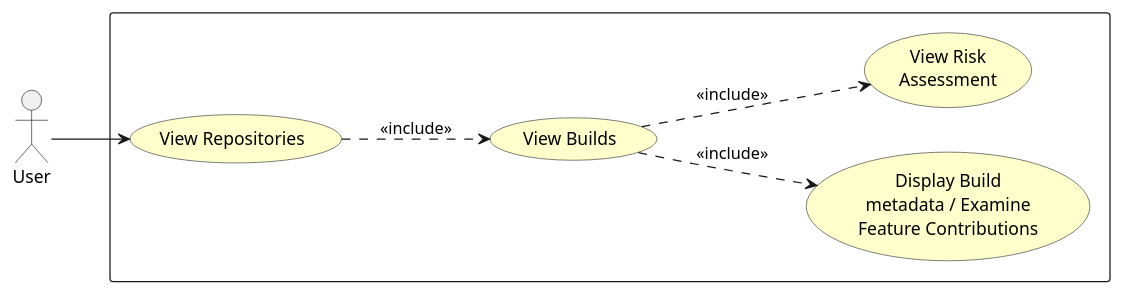
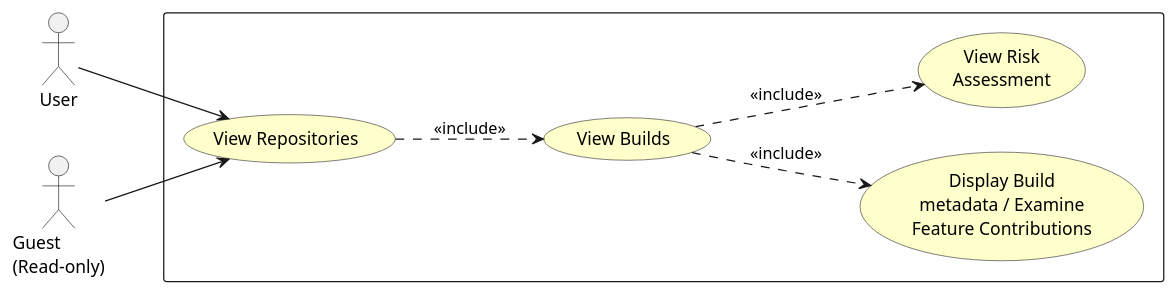
One commit to hung-org-117/build-risk-dashboard changed the diagram in diagrams/uc_02_view_repositories.puml. Above: the diagram before and after it, drawn with PlantUML. The commit also changed 46 other files, not shown here.

```diff
--- a/diagrams/uc_02_view_repositories.puml
+++ b/diagrams/uc_02_view_repositories.puml
@@ -1,29 +1,31 @@
 @startuml
 '===============================================================
-' UC-02: VIEW REPOSITORIES / BUILD DETAILS (User)
+' UC-02: VIEW REPOSITORIES / BUILD DETAILS (User & Guest)
 '===============================================================
 
 skinparam actorStyle stick
 skinparam usecase {
     BorderColor #333333
     BackgroundColor #FFFFCC
 }
 
 left to right direction
 
 actor "User" as User
+actor "Guest\n(Read-only)" as Guest
 
 rectangle {
     usecase "View Repositories" as UC_ListRepos
     usecase "View Builds" as UC_ViewBuilds
     usecase "Display Build\nmetadata / Examine\nFeature Contributions" as UC_Metadata
     usecase "View Risk\nAssessment" as UC_ViewRisk
 }
 
 User --> UC_ListRepos
+Guest --> UC_ListRepos
 
 UC_ListRepos ..> UC_ViewBuilds : <<include>>
 UC_ViewBuilds ..> UC_Metadata : <<include>>
 UC_ViewBuilds ..> UC_ViewRisk : <<include>>
 
 @enduml
```
